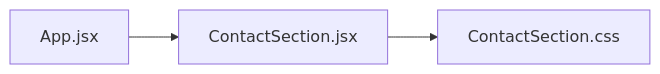
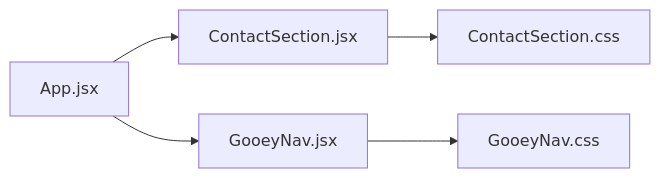
The fourth of 4 diagrams in .qoder/repowiki/zh/content/核心功能模块/联系方式组件.md (lithos666/lithos666.github.io), drawn with Mermaid before and after one commit. The commit also changed other lines of this file and 30 other files, not shown here.

````diff
--- a/.qoder/repowiki/zh/content/核心功能模块/联系方式组件.md
+++ b/.qoder/repowiki/zh/content/核心功能模块/联系方式组件.md
@@ -223,5 +286,7 @@
 ```mermaid
 graph LR
 App["App.jsx"] --> CS["ContactSection.jsx"]
+App --> GN["GooeyNav.jsx"]
 CS --> CSS["ContactSection.css"]
+GN --> GNCSS["GooeyNav.css"]
 ```
````
